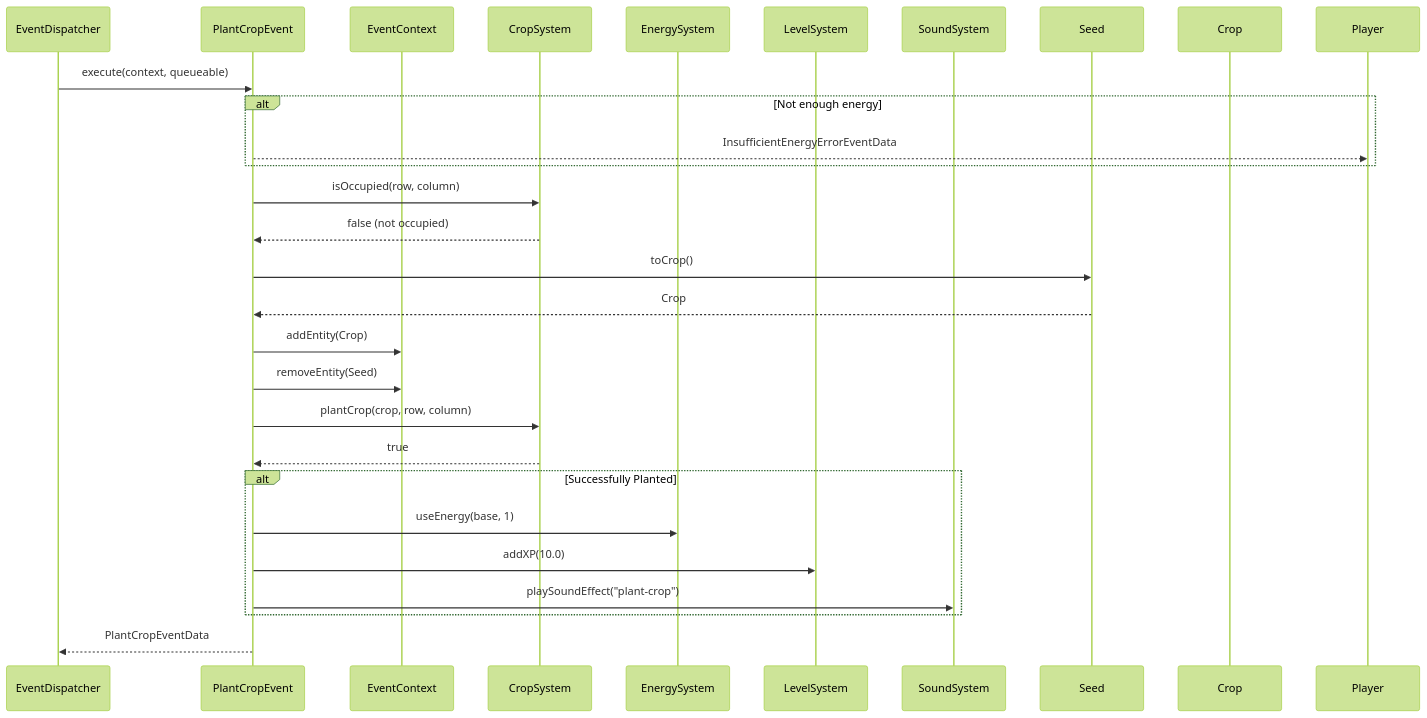
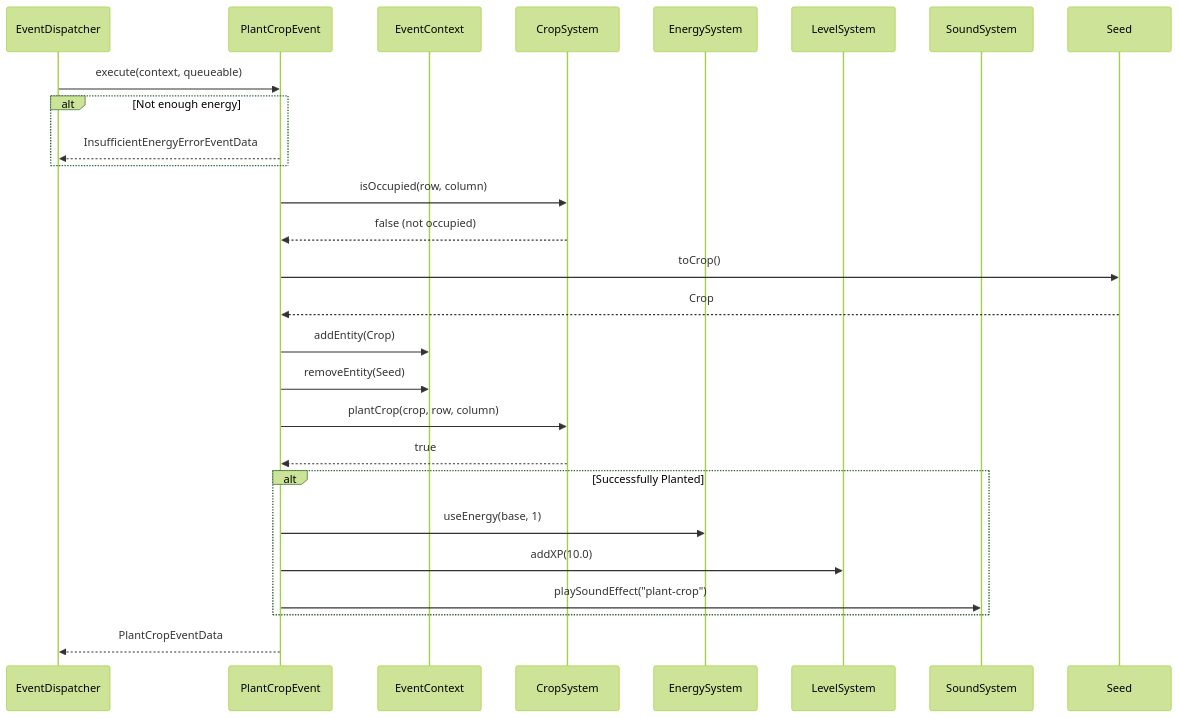
Before and after one commit to Ah-Leongs-Farm/mermaid-diagrams: the diagram in sprint3/plant-crop-ecs.mmd, drawn with Mermaid (forest theme). The commit also changed 10 other files, not shown here.

Commit message:
add diagrams

```diff
--- a/sprint3/plant-crop-ecs.mmd
+++ b/sprint3/plant-crop-ecs.mmd
@@ -1,36 +1,35 @@
 sequenceDiagram
     participant EventDispatcher
     participant PlantCropEvent
     participant EventContext
     participant CropSystem
     participant EnergySystem
     participant LevelSystem
     participant SoundSystem
     participant Seed
-    participant Crop
 
     EventDispatcher->>PlantCropEvent: execute(context, queueable)
 
     alt Not enough energy
-        PlantCropEvent-->>Player: InsufficientEnergyErrorEventData
+        PlantCropEvent-->>EventDispatcher: InsufficientEnergyErrorEventData
     end
 
     PlantCropEvent->>CropSystem: isOccupied(row, column)
     CropSystem-->>PlantCropEvent: false (not occupied)
 
     PlantCropEvent->>Seed: toCrop()
     Seed-->>PlantCropEvent: Crop
 
     PlantCropEvent->>EventContext: addEntity(Crop)
     PlantCropEvent->>EventContext: removeEntity(Seed)
 
     PlantCropEvent->>CropSystem: plantCrop(crop, row, column)
     CropSystem-->>PlantCropEvent: true
 
     alt Successfully Planted
         PlantCropEvent->>EnergySystem: useEnergy(base, 1)
         PlantCropEvent->>LevelSystem: addXP(10.0)
         PlantCropEvent->>SoundSystem: playSoundEffect("plant-crop")
     end
 
     PlantCropEvent-->>EventDispatcher: PlantCropEventData
```
